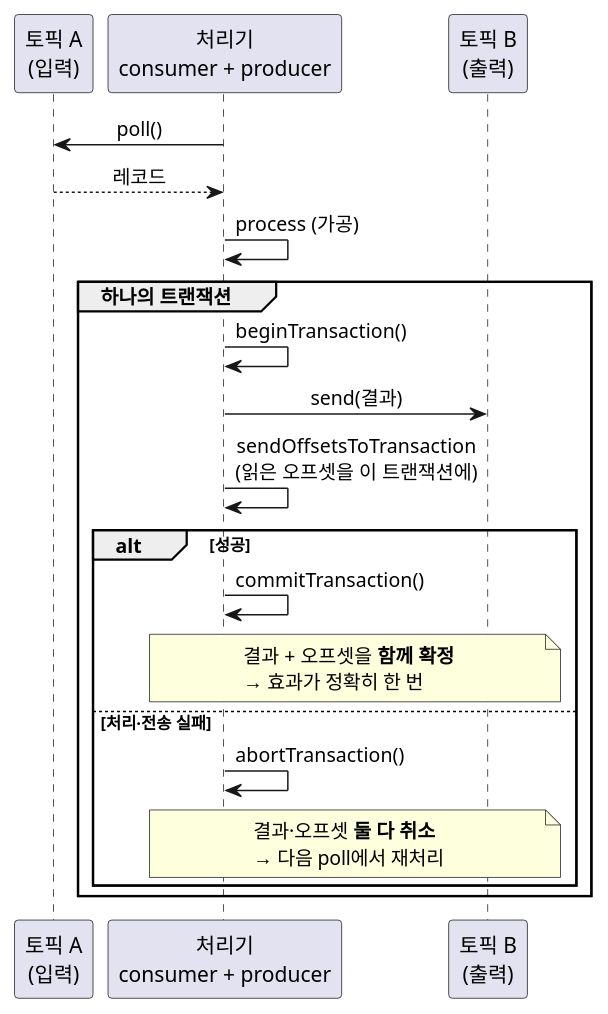
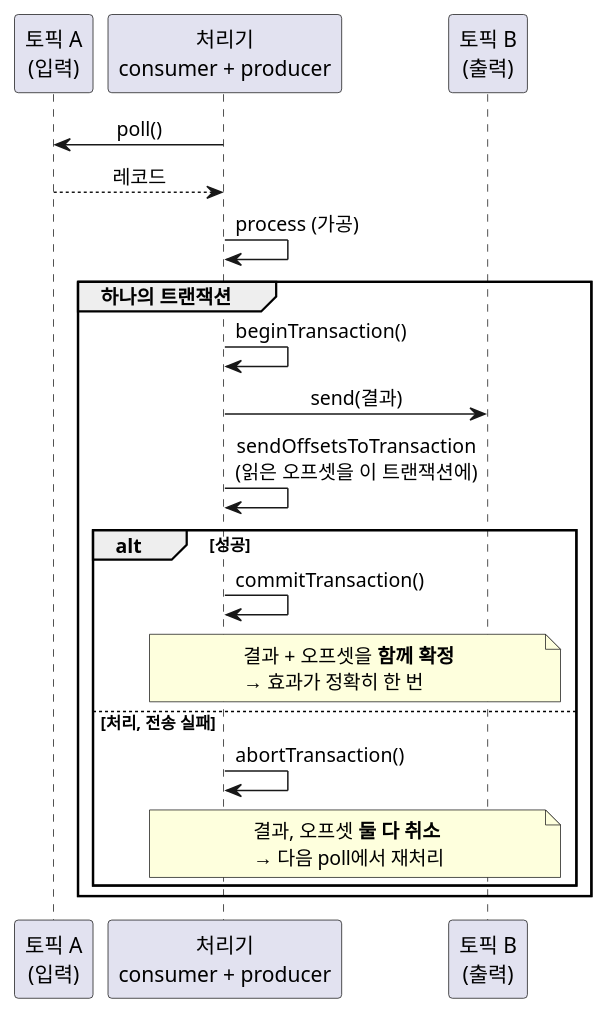
The third of 7 diagrams in blog/2026-08-18-kafka-transactions-exactly-once.mdx (johnycho/johny-dev), drawn with PlantUML before and after one commit. The commit also changed other lines of this file and 188 other files, not shown here.

````diff
--- a/blog/2026-08-18-kafka-transactions-exactly-once.mdx
+++ b/blog/2026-08-18-kafka-transactions-exactly-once.mdx
@@ -116,27 +116,27 @@
 ```plantuml
 @startuml
 skinparam shadowing false
 skinparam DefaultFontName sans-serif
 skinparam sequenceMessageAlign center
 participant "토픽 A\n(입력)" as A
 participant "처리기\nconsumer + producer" as App
 participant "토픽 B\n(출력)" as B
 
 App -> A : poll()
 A --> App : 레코드
 App -> App : process (가공)
 
 group 하나의 트랜잭션
   App -> App : beginTransaction()
   App -> B : send(결과)
   App -> App : sendOffsetsToTransaction\n(읽은 오프셋을 이 트랜잭션에)
   alt 성공
     App -> App : commitTransaction()
     note over App, B : 결과 + 오프셋을 **함께 확정**\n→ 효과가 정확히 한 번
-  else 처리·전송 실패
+  else 처리, 전송 실패
     App -> App : abortTransaction()
-    note over App, B : 결과·오프셋 **둘 다 취소**\n→ 다음 poll에서 재처리
+    note over App, B : 결과, 오프셋 **둘 다 취소**\n→ 다음 poll에서 재처리
   end
 end
 @enduml
 ```
````
